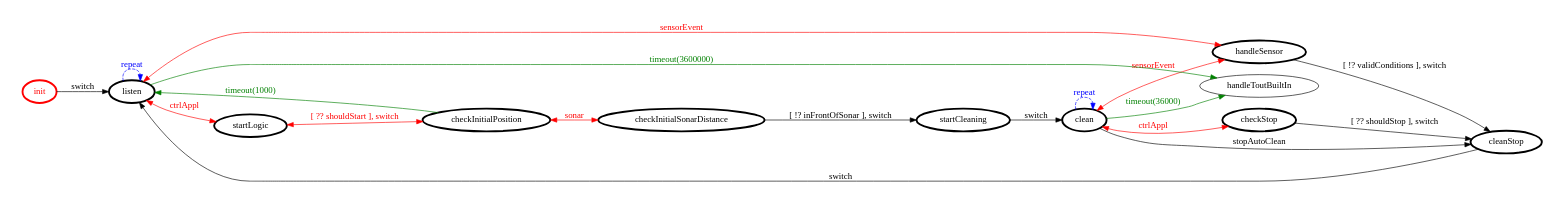
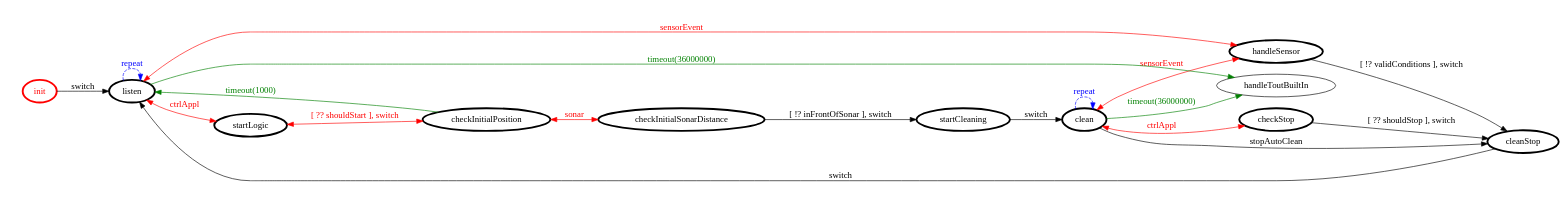
The diagram in it.unibo.finaltask/srcMore/it/unibo/webguiexecutor/webguiexecutor.gv (piscoTech/uniboIss2018), drawn with Graphviz before and after one commit. The commit also changed 12 other files, not shown here.

```diff
--- a/it.unibo.finaltask/srcMore/it/unibo/webguiexecutor/webguiexecutor.gv
+++ b/it.unibo.finaltask/srcMore/it/unibo/webguiexecutor/webguiexecutor.gv
@@ -1,41 +1,41 @@
 /*
 *
 * A GraphViz DOT FSM description 
 * Please use a GraphViz visualizer (like http://www.webgraphviz.com)
 *  
 */
 
 digraph finite_state_machine {
 	rankdir=LR
 	size="8,5"
 	
 	init [ color = red ][ fontcolor = red ][ penwidth = 3 ]
 	startLogic [ color = black ][ fontcolor = black ][ penwidth = 3 ]
 	handleSensor [ color = black ][ fontcolor = black ][ penwidth = 3 ]
 	checkInitialSonarDistance [ color = black ][ fontcolor = black ][ penwidth = 3 ]
 	startCleaning [ color = black ][ fontcolor = black ][ penwidth = 3 ]
 	checkStop [ color = black ][ fontcolor = black ][ penwidth = 3 ]
 	clean [ color = black ][ fontcolor = black ][ penwidth = 3 ]
 	cleanStop [ color = black ][ fontcolor = black ][ penwidth = 3 ]
 	listen [ color = black ][ fontcolor = black ][ penwidth = 3 ]
 	checkInitialPosition [ color = black ][ fontcolor = black ][ penwidth = 3 ]
 	
 	startLogic -> checkInitialPosition [ label = "[ ?? shouldStart ], switch" ][ color = red ][ fontcolor = red ][ dir = both ]
 	clean -> clean [ label = "repeat "][ style = dashed ][ color = blue ][ fontcolor = blue ]
-	clean -> handleToutBuiltIn [ label = "timeout(36000)" ][ color = green ][ fontcolor = green ]
 	listen -> startLogic [ label = "ctrlAppl" ][ color = red ][ fontcolor = red ][ dir = both ]
 	cleanStop -> listen [ label = "switch" ][ color = black ][ fontcolor = black ]
 	checkInitialPosition -> checkInitialSonarDistance [ label = "sonar" ][ color = red ][ fontcolor = red ][ dir = both ]
 	clean -> handleSensor [ label = "sensorEvent" ][ color = red ][ fontcolor = red ][ dir = both ]
 	listen -> handleSensor [ label = "sensorEvent" ][ color = red ][ fontcolor = red ][ dir = both ]
 	checkInitialPosition -> listen [ label = "timeout(1000)" ][ color = green ][ fontcolor = green ]
+	listen -> handleToutBuiltIn [ label = "timeout(36000000)" ][ color = green ][ fontcolor = green ]
 	startCleaning -> clean [ label = "switch" ][ color = black ][ fontcolor = black ]
 	checkInitialSonarDistance -> startCleaning [ label = "[ !? inFrontOfSonar ], switch" ][ color = black ][ fontcolor = black ]
-	listen -> handleToutBuiltIn [ label = "timeout(3600000)" ][ color = green ][ fontcolor = green ]
 	listen -> listen [ label = "repeat "][ style = dashed ][ color = blue ][ fontcolor = blue ]
 	clean -> cleanStop [ label = "stopAutoClean" ][ color = black ][ fontcolor = black ]
 	clean -> checkStop [ label = "ctrlAppl" ][ color = red ][ fontcolor = red ][ dir = both ]
 	init -> listen [ label = "switch" ][ color = black ][ fontcolor = black ]
 	checkStop -> cleanStop [ label = "[ ?? shouldStop ], switch" ][ color = black ][ fontcolor = black ]
 	handleSensor -> cleanStop [ label = "[ !? validConditions ], switch" ][ color = black ][ fontcolor = black ]
+	clean -> handleToutBuiltIn [ label = "timeout(36000000)" ][ color = green ][ fontcolor = green ]
 }
```
